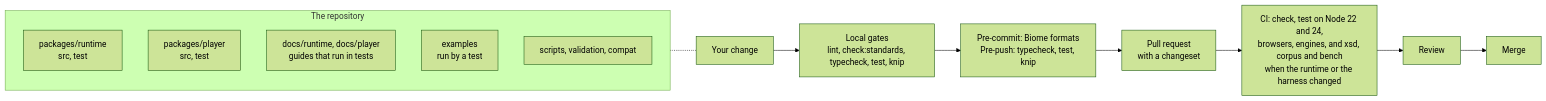
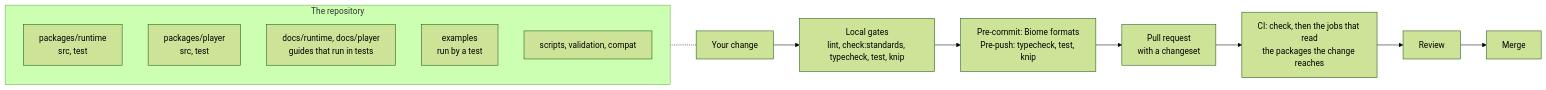
Before and after one commit to assesskit/assesskit: the diagram in CONTRIBUTING.md, drawn with Mermaid (forest theme). The commit also changed other lines of this file and 6 other files, not shown here.

````diff
--- a/CONTRIBUTING.md
+++ b/CONTRIBUTING.md
@@ -6,17 +6,17 @@
 ```mermaid
 flowchart LR
   subgraph repo["The repository"]
     runtime["packages/runtime<br/>src, test"]
     player["packages/player<br/>src, test"]
     docs["docs/runtime, docs/player<br/>guides that run in tests"]
     examples["examples<br/>run by a test"]
     tooling["scripts, validation, compat"]
   end
   change["Your change"] --> local["Local gates<br/>lint, check:standards, typecheck, test, knip"]
   local --> hooks["Pre-commit: Biome formats<br/>Pre-push: typecheck, test, knip"]
   hooks --> pr["Pull request<br/>with a changeset"]
-  pr --> ci["CI: check, test on Node 22 and 24,<br/>browsers, engines, and xsd, corpus and bench<br/>when the runtime or the harness changed"]
+  pr --> ci["CI: check, then the jobs that read<br/>the packages the change reaches"]
   ci --> review["Review"]
   review --> merge["Merge"]
   repo -.- change
 ```
````
